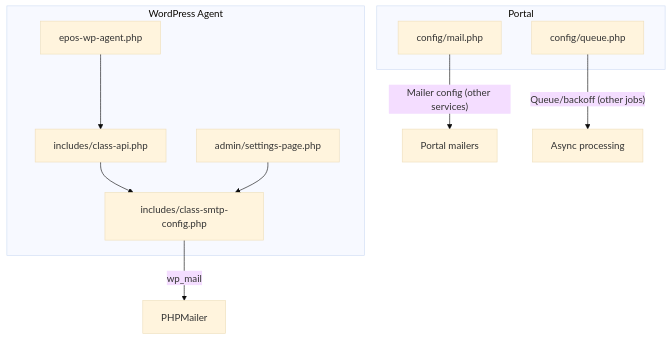
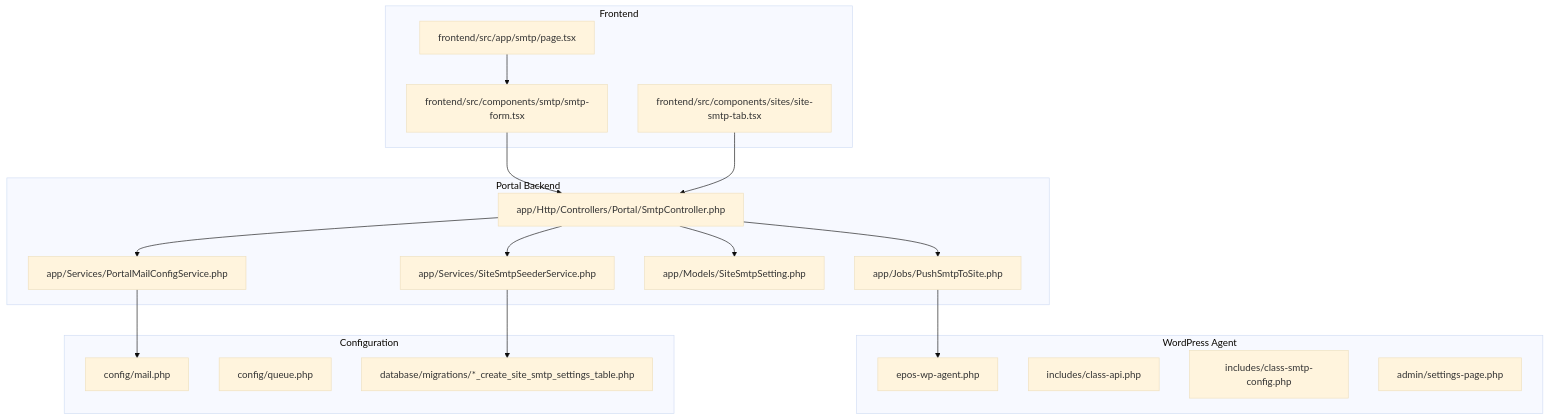
The first of 3 diagrams in .qoder/repowiki/en/content/WordPress Agent Integration/SMTP Configuration.md (FCS-WP/website_portal), drawn with Mermaid (base theme) before and after one commit. The commit also changed other lines of this file and 30 other files, not shown here.

````diff
--- a/.qoder/repowiki/en/content/WordPress Agent Integration/SMTP Configuration.md
+++ b/.qoder/repowiki/en/content/WordPress Agent Integration/SMTP Configuration.md
@@ -33,19 +49,36 @@
 ```mermaid
 graph TB
 subgraph "WordPress Agent"
 A["epos-wp-agent.php"]
 B["includes/class-api.php"]
 C["includes/class-smtp-config.php"]
 D["admin/settings-page.php"]
 end
-subgraph "Portal"
-E["config/mail.php"]
-F["config/queue.php"]
+subgraph "Portal Backend"
+E["app/Http/Controllers/Portal/SmtpController.php"]
+F["app/Services/PortalMailConfigService.php"]
+G["app/Services/SiteSmtpSeederService.php"]
+H["app/Models/SiteSmtpSetting.php"]
+I["app/Jobs/PushSmtpToSite.php"]
 end
-A --> B
-B --> C
-D --> C
-C --> |"wp_mail"| G["PHPMailer"]
-E --> |"Mailer config (other services)"| H["Portal mailers"]
-F --> |"Queue/backoff (other jobs)"| I["Async processing"]
+subgraph "Frontend"
+J["frontend/src/components/smtp/smtp-form.tsx"]
+K["frontend/src/components/sites/site-smtp-tab.tsx"]
+L["frontend/src/app/smtp/page.tsx"]
+end
+subgraph "Configuration"
+M["config/mail.php"]
+N["config/queue.php"]
+O["database/migrations/*_create_site_smtp_settings_table.php"]
+end
+E --> F
+E --> G
+E --> H
+E --> I
+I --> A
+J --> E
+K --> E
+L --> J
+F --> M
+G --> O
 ```
````
